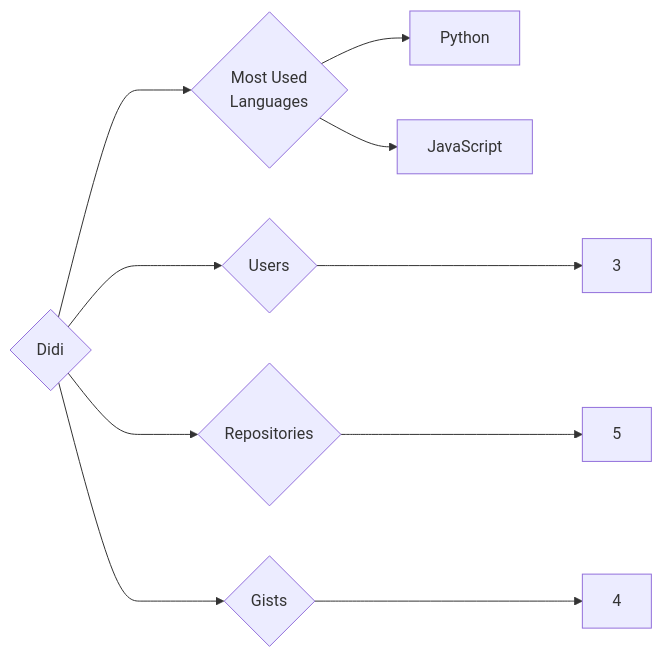
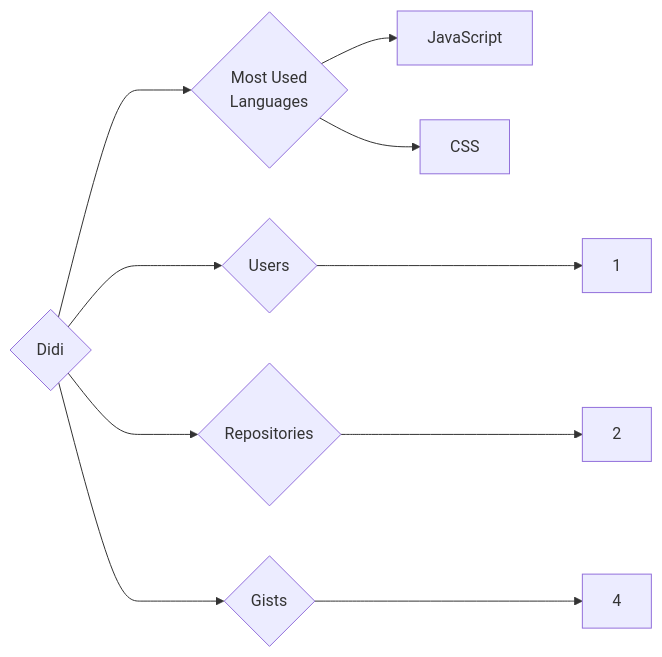
Before and after one commit to trickest/insiders: the diagram in targets/Didi/README.md, drawn with Mermaid. The commit also changed 938 other files, not shown here.

````diff
--- a/targets/Didi/README.md
+++ b/targets/Didi/README.md
@@ -3,10 +3,10 @@
 ```mermaid
 graph LR
 COMPANY_NAME{Didi}
-COMPANY_NAME ---> U{Users} ---> UN[3]
-COMPANY_NAME ---> R{Repositories} ---> RN[5]
+COMPANY_NAME ---> U{Users} ---> UN[1]
+COMPANY_NAME ---> R{Repositories} ---> RN[2]
 COMPANY_NAME ---> G{Gists} ---> GN[4]
 COMPANY_NAME ---> ML{Most Used<br>Languages}
-ML --> Python[Python]
 ML --> JavaScript[JavaScript]
+ML --> CSS[CSS]
 ```
````
